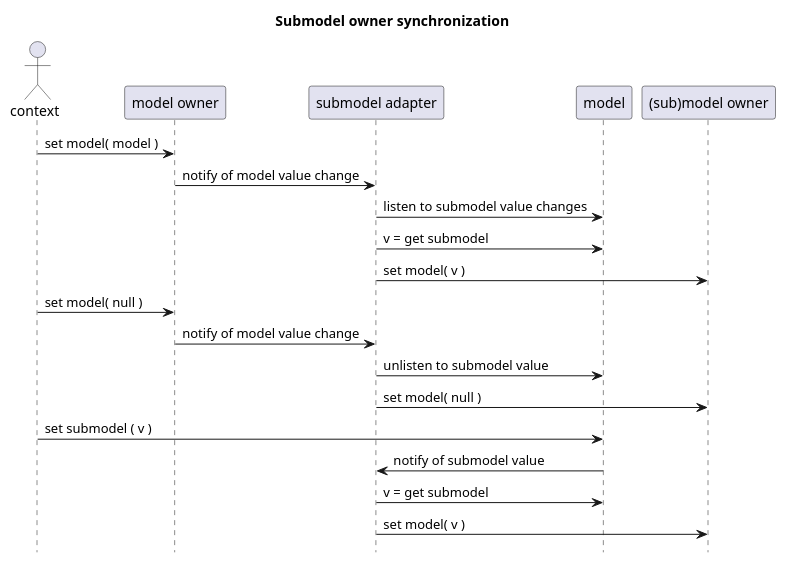
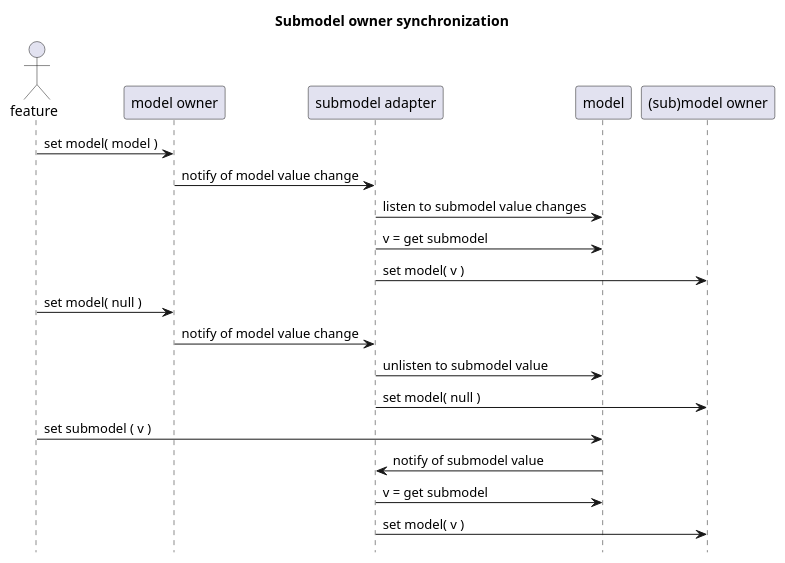
The fifth of 8 diagrams in gh-pages/src/main/asciidoc/index.adoc (goranstack/esox), drawn with PlantUML before and after one commit. The commit also changed other lines of this file and 1 other file, not shown here.

```diff
--- a/gh-pages/src/main/asciidoc/index.adoc
+++ b/gh-pages/src/main/asciidoc/index.adoc
@@ -139,24 +142,24 @@
 [plantuml, submodel-synchronization, svg]
 ....
 @startuml
 
 hide footbox
 title Submodel owner synchronization
 
-actor context
+actor feature
 
-context -> "model owner" : set model( model )
+feature -> "model owner" : set model( model )
 "model owner" -> "submodel adapter" : notify of model value change
 "submodel adapter" -> model : listen to submodel value changes
 "submodel adapter" -> model : v = get submodel
 "submodel adapter" -> "(sub)model owner" : set model( v )
-context -> "model owner" : set model( null )
+feature -> "model owner" : set model( null )
 "model owner" -> "submodel adapter" : notify of model value change
 "submodel adapter" -> model : unlisten to submodel value
 "submodel adapter" -> "(sub)model owner" : set model( null )
-context -> model : set submodel ( v )
+feature -> model : set submodel ( v )
 model -> "submodel adapter" : notify of submodel value
 "submodel adapter" -> model : v = get submodel
 "submodel adapter" -> "(sub)model owner" : set model( v )
 @enduml
 ....
```
